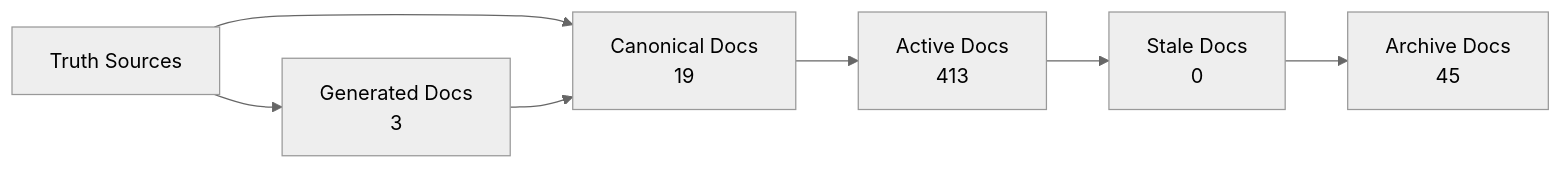
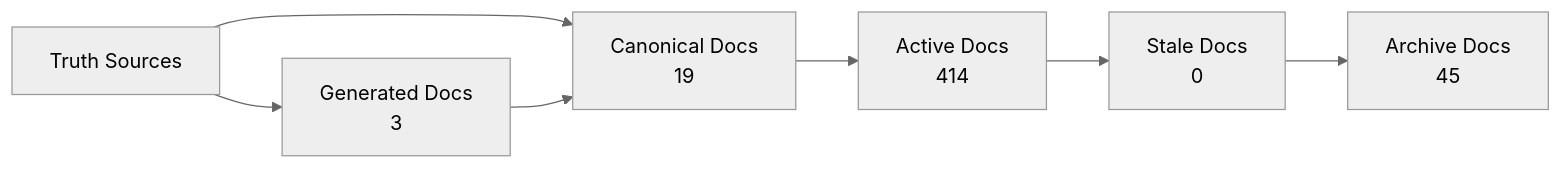
One commit to Latimer-Woods-Tech/Factory changed the diagram in docs/_generated/docs-trust-map.md. Above: the diagram before and after it, drawn with Mermaid (neutral theme). The commit also changed other lines of this file and 6 other files, not shown here.

````diff
--- a/docs/_generated/docs-trust-map.md
+++ b/docs/_generated/docs-trust-map.md
@@ -20,14 +20,14 @@
 ```mermaid
 flowchart LR
   truth["Truth Sources"] --> canonical["Canonical Docs"]
   canonical --> active["Active Docs"]
   active --> stale["Stale Docs"]
   stale --> archive["Archive Docs"]
   canonical["Canonical Docs\n19"]
-  active["Active Docs\n413"]
+  active["Active Docs\n414"]
   stale["Stale Docs\n0"]
   archive["Archive Docs\n45"]
   generated["Generated Docs\n3"]
   truth --> generated
   generated --> canonical
 ```
````
